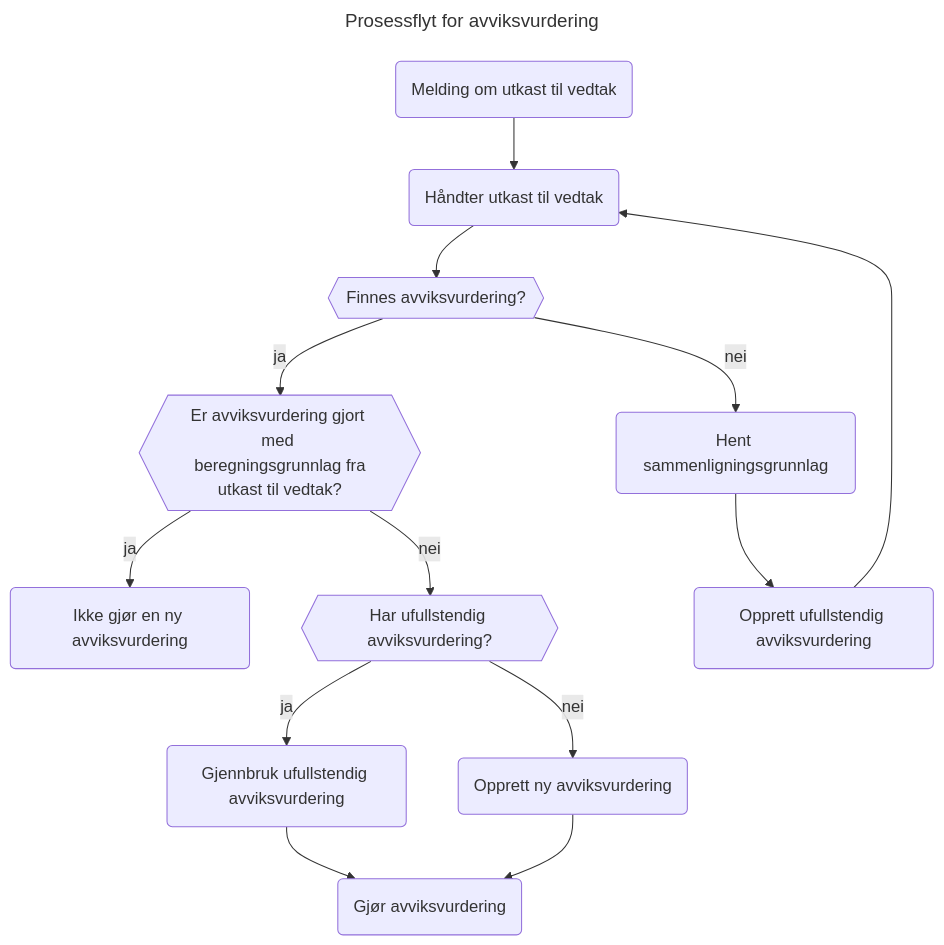
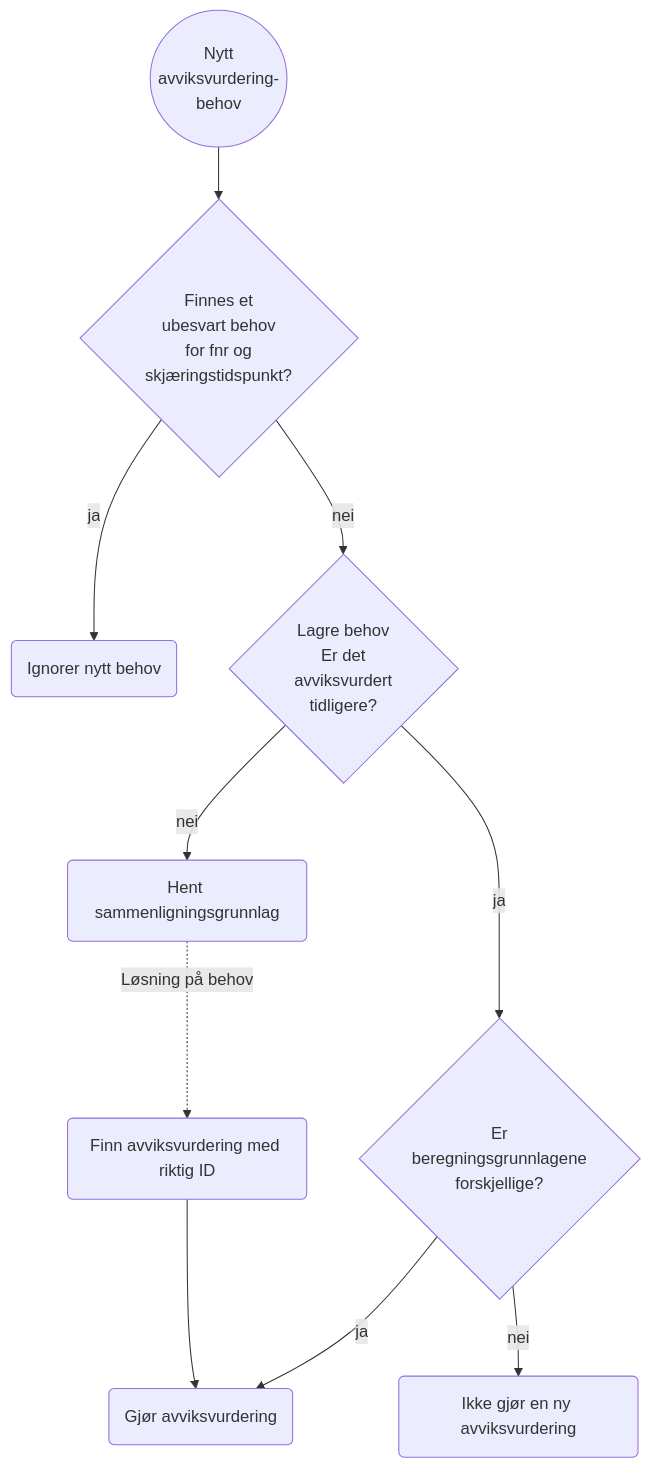
One commit to navikt/helse-spinnvill changed the first of 3 diagrams in README.md. Above: the diagram before and after it, drawn with Mermaid. The commit also changed other lines of this file, not shown here.

Commit message:
📝 Oppdater Readme til å reflektere ny flyt

````diff
--- a/README.md
+++ b/README.md
@@ -21,26 +21,34 @@
 ```mermaid
----
-title: Prosessflyt for avviksvurdering
----
 flowchart TD
-    start(Melding om utkast til vedtak)
-    utkast(Håndter utkast til vedtak)
-    avviksvurdering_finnes{{Finnes avviksvurdering?}}
-    ny_avviksvurdering(Opprett ufullstendig avviksvurdering)
-    avviksvurdering_gjort{{Er avviksvurdering gjort med <br> beregningsgrunnlag fra utkast til vedtak?}}
+    start((Nytt 
+    avviksvurdering-
+    behov))
+    finnes_ubesvart_behov{Finnes et 
+    ubesvart behov 
+    for fnr og 
+    skjæringstidspunkt?}
+    ubesvart_behov_finnes(Ignorer nytt behov)
+    finnes_tidligere_avviksvurdering{Lagre behov
+    Er det 
+    avviksvurdert 
+    tidligere?
+    }
     hent_sammenligningsgrunnlag(Hent sammenligningsgrunnlag)
+    finn_riktig_avviksvurdering(Finn avviksvurdering med riktig ID)
+    forskjellige_beregningsgrunnlag{
+    Er
+beregningsgrunnlagene
+forskjellige?
+}
     gjør_avviksvurdering(Gjør avviksvurdering)
     ikke_gjør_avviksvurdering(Ikke gjør en ny avviksvurdering)
-    har_ufulstendig_avviksvurdering{{Har ufullstendig avviksvurdering?}}
-    gjennbruk_avviksvurdering(Gjennbruk ufullstendig avviksvurdering)
-    opprett_avviksvurdering(Opprett ny avviksvurdering)
     
-    start --> utkast --> avviksvurdering_finnes
-    avviksvurdering_finnes -- ja --> avviksvurdering_gjort
-    avviksvurdering_finnes -- nei --> hent_sammenligningsgrunnlag --> ny_avviksvurdering --> utkast
-    avviksvurdering_gjort -- ja --> ikke_gjør_avviksvurdering
-    avviksvurdering_gjort -- nei --> har_ufulstendig_avviksvurdering
-    har_ufulstendig_avviksvurdering -- ja --> gjennbruk_avviksvurdering
-    har_ufulstendig_avviksvurdering -- nei --> opprett_avviksvurdering
-    gjennbruk_avviksvurdering & opprett_avviksvurdering --> gjør_avviksvurdering
+    start --> finnes_ubesvart_behov
+    finnes_ubesvart_behov -- ja --> ubesvart_behov_finnes
+    finnes_ubesvart_behov -- nei --> finnes_tidligere_avviksvurdering
+    finnes_tidligere_avviksvurdering -- nei --> hent_sammenligningsgrunnlag
+    finnes_tidligere_avviksvurdering -- ja --> forskjellige_beregningsgrunnlag
+    forskjellige_beregningsgrunnlag -- nei --> ikke_gjør_avviksvurdering
+    forskjellige_beregningsgrunnlag -- ja --> gjør_avviksvurdering
+    hent_sammenligningsgrunnlag -. Løsning på behov .-> finn_riktig_avviksvurdering --> gjør_avviksvurdering
 ```
````
